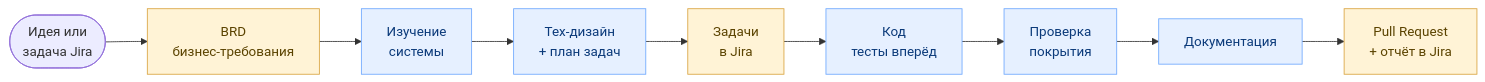
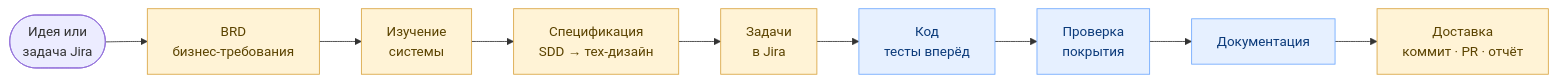
Before and after one commit to i-gabdrahmanov/skills: the first of 4 diagrams in forge/docs/pipeline-business.md, drawn with Mermaid. The commit also changed other lines of this file and 76 other files, not shown here.

````diff
--- a/forge/docs/pipeline-business.md
+++ b/forge/docs/pipeline-business.md
@@ -26,16 +26,16 @@
 ```mermaid
 flowchart LR
     A([Идея или<br/>задача Jira]) --> B[BRD<br/>бизнес-требования]
     B --> C[Изучение<br/>системы]
-    C --> D[Тех-дизайн<br/>+ план задач]
-    D --> E[Задачи<br/>в Jira]
+    C --> S[Спецификация<br/>SDD → тех-дизайн]
+    S --> E[Задачи<br/>в Jira]
     E --> F[Код<br/>тесты вперёд]
     F --> G[Проверка<br/>покрытия]
     G --> H[Документация]
-    H --> I[Pull Request<br/>+ отчёт в Jira]
+    H --> I[Доставка<br/>коммит · PR · отчёт]
 
     classDef gate fill:#fff3d6,stroke:#d9a441,color:#5b4300;
     classDef auto fill:#e6f0ff,stroke:#6ea8fe,color:#0b3a7a;
-    class B,E,I gate;
-    class C,D,F,G,H auto;
+    class B,C,S,E,I gate;
+    class F,G,H auto;
 ```
````
